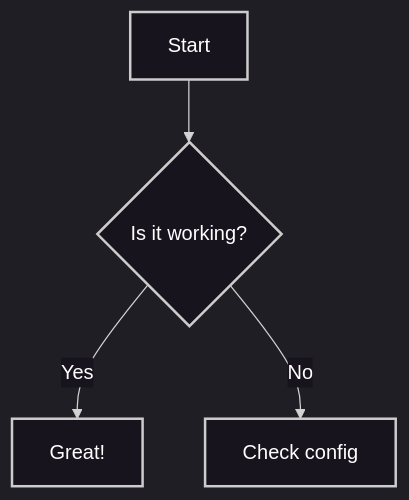
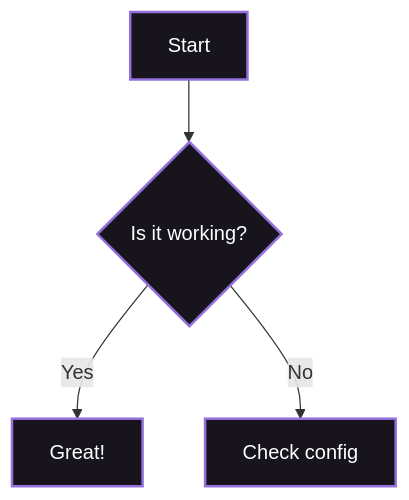
Before and after one commit to Ashjha75/MyDocs: the diagram in docs/spring-boot/project-flow/core.md, drawn with Mermaid. The commit also changed 3 other files, not shown here.

Commit message:
Refactor Mermaid styles and add new HTML template for diagram rendering

````diff
--- a/docs/spring-boot/project-flow/core.md
+++ b/docs/spring-boot/project-flow/core.md
@@ -22,26 +22,16 @@
 ```mermaid
-%%{init: {
-  "theme": "dark",
-  "themeVariables": {
-    "primaryColor": "#18141e",
-    "edgeLabelBackground": "#18141e",
-    "fontFamily": "JetBrains Mono",
-    "textColor": "#fff"
-  }
-}}%%
 
 graph TD
     A[Start] --> B{Is it working?}
     B -- Yes --> C[Great!]
     B -- No --> D[Check config]
 
     %% Assign classes
     class A nodeGradient;
     class B nodeGradient;
     class C nodeGradient;
     class D nodeGradient;
 
     %% Styles (gradient comes from CSS)
     classDef nodeGradient fill:#18141e,color:#fff,stroke-width:2px;
-
 ```
````
